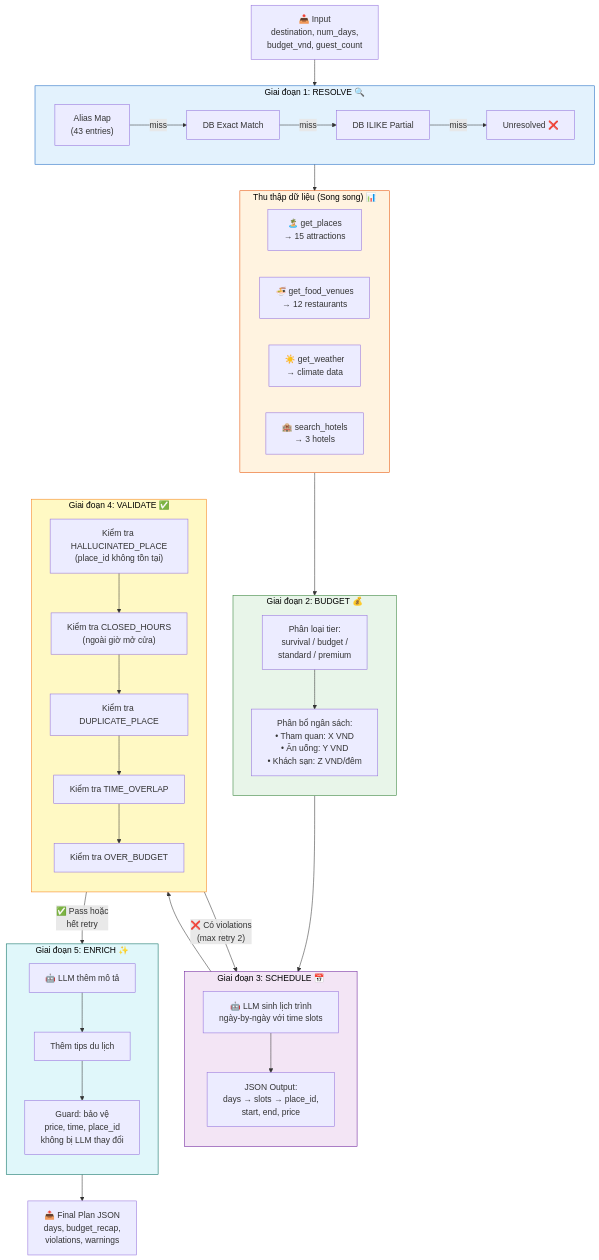
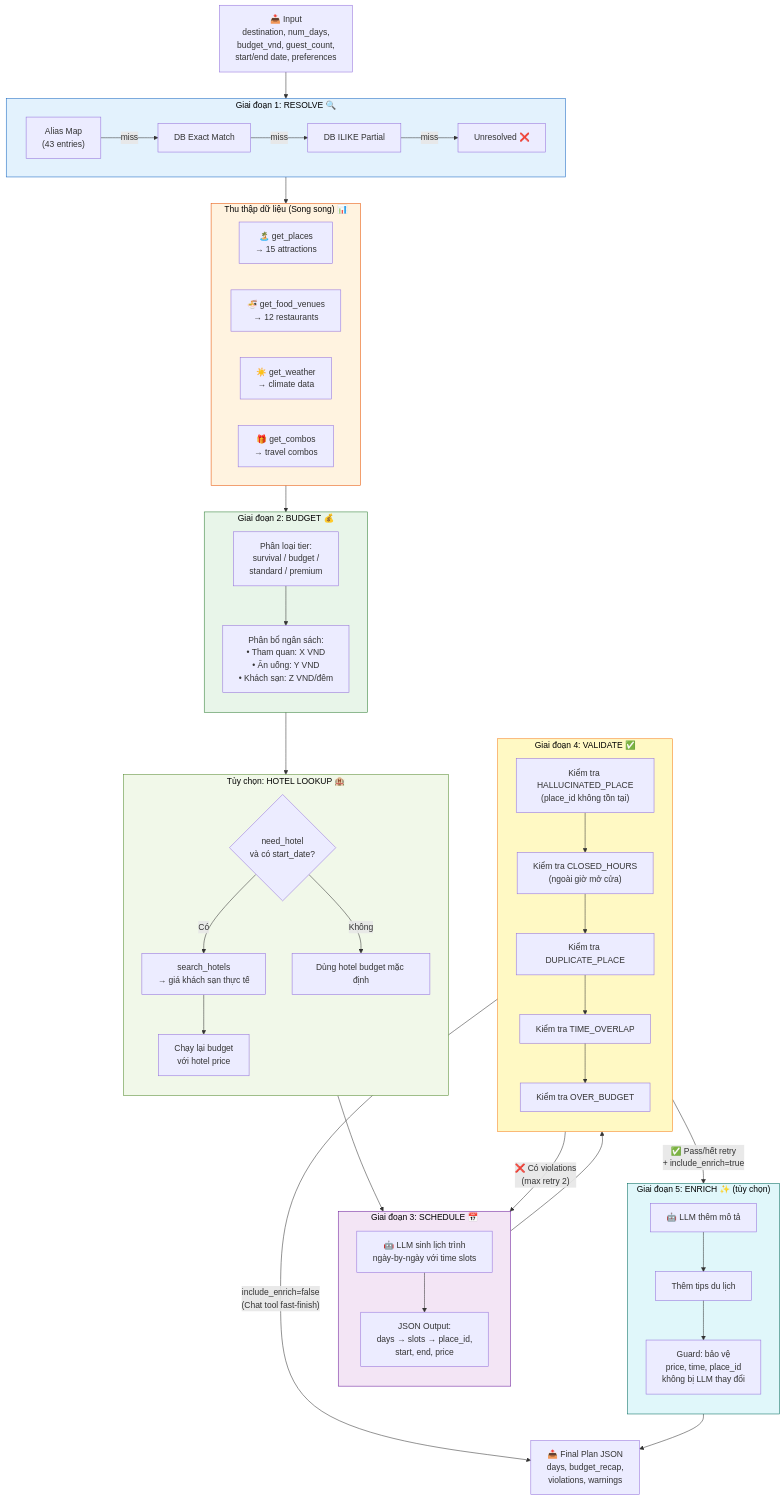
Before and after one commit to TVinhNguyen/Tripcompass: the second of 4 diagrams in docs/diagrams/03-ai-planner-pipeline.md, drawn with Mermaid. The commit also changed other lines of this file and 12 other files, not shown here.

Commit message:
docs: add system design diagrams for AI planner and itinerary management workflows and initialize next-env.d.ts.

````diff
--- a/docs/diagrams/03-ai-planner-pipeline.md
+++ b/docs/diagrams/03-ai-planner-pipeline.md
@@ -44,6 +45,6 @@
 ```mermaid
 flowchart TB
-    INPUT["📥 Input<br/>destination, num_days,<br/>budget_vnd, guest_count"]
+    INPUT["📥 Input<br/>destination, num_days,<br/>budget_vnd, guest_count,<br/>start/end date, preferences"]
 
     subgraph STAGE1["Giai đoạn 1: RESOLVE 🔍"]
         direction LR
@@ -59,7 +60,7 @@
         G1["🏝️ get_places<br/>→ 15 attractions"]
         G2["🍜 get_food_venues<br/>→ 12 restaurants"]
         G3["☀️ get_weather<br/>→ climate data"]
-        G4["🏨 search_hotels<br/>→ 3 hotels"]
+        G4["🎁 get_combos<br/>→ travel combos"]
     end
 
     subgraph STAGE2["Giai đoạn 2: BUDGET 💰"]
@@ -67,6 +68,16 @@
         B1["Phân loại tier:<br/>survival / budget /<br/>standard / premium"]
         B2["Phân bổ ngân sách:<br/>• Tham quan: X VND<br/>• Ăn uống: Y VND<br/>• Khách sạn: Z VND/đêm"]
         B1 --> B2
+    end
+
+    subgraph HOTEL["Tùy chọn: HOTEL LOOKUP 🏨"]
+        direction TB
+        H1{"need_hotel<br/>và có start_date?"}
+        H2["search_hotels<br/>→ giá khách sạn thực tế"]
+        H3["Chạy lại budget<br/>với hotel price"]
+        H4["Dùng hotel budget mặc định"]
+        H1 -->|"Có"| H2 --> H3
+        H1 -->|"Không"| H4
     end
 
     subgraph STAGE3["Giai đoạn 3: SCHEDULE 📅"]
@@ -86,7 +97,7 @@
         V1 --> V2 --> V3 --> V4 --> V5
     end
 
-    subgraph STAGE5["Giai đoạn 5: ENRICH ✨"]
+    subgraph STAGE5["Giai đoạn 5: ENRICH ✨ (tùy chọn)"]
         direction TB
         E1["🤖 LLM thêm mô tả"]
         E2["Thêm tips du lịch"]
@@ -99,17 +110,20 @@
     INPUT --> STAGE1
     STAGE1 --> GATHER
     GATHER --> STAGE2
-    STAGE2 --> STAGE3
+    STAGE2 --> HOTEL
+    HOTEL --> STAGE3
     STAGE3 --> STAGE4
 
     STAGE4 -->|"❌ Có violations<br/>(max retry 2)"| STAGE3
-    STAGE4 -->|"✅ Pass hoặc<br/>hết retry"| STAGE5
+    STAGE4 -->|"✅ Pass/hết retry<br/>+ include_enrich=true"| STAGE5
+    STAGE4 -->|"include_enrich=false<br/>(Chat tool fast-finish)"| OUTPUT
 
     STAGE5 --> OUTPUT
 
     style STAGE1 fill:#e3f2fd,stroke:#1565C0,color:#000
     style GATHER fill:#fff3e0,stroke:#E65100,color:#000
     style STAGE2 fill:#e8f5e9,stroke:#2E7D32,color:#000
+    style HOTEL fill:#f1f8e9,stroke:#558b2f,color:#000
     style STAGE3 fill:#f3e5f5,stroke:#6A1B9A,color:#000
     style STAGE4 fill:#fff9c4,stroke:#F57F17,color:#000
     style STAGE5 fill:#e0f7fa,stroke:#00695C,color:#000
````
